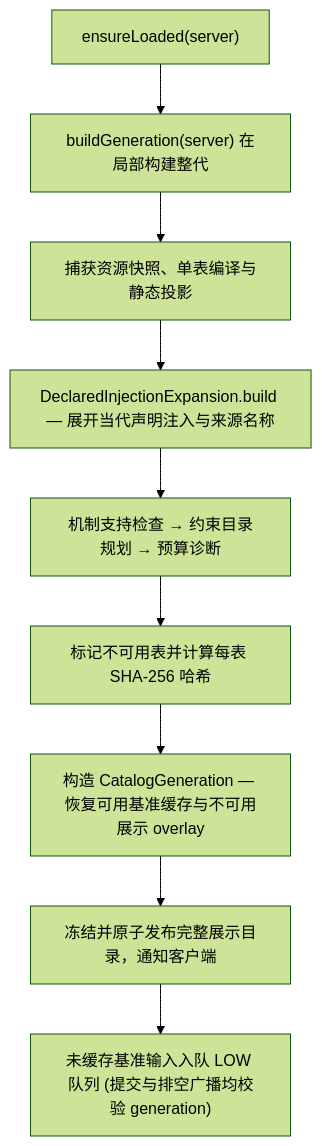
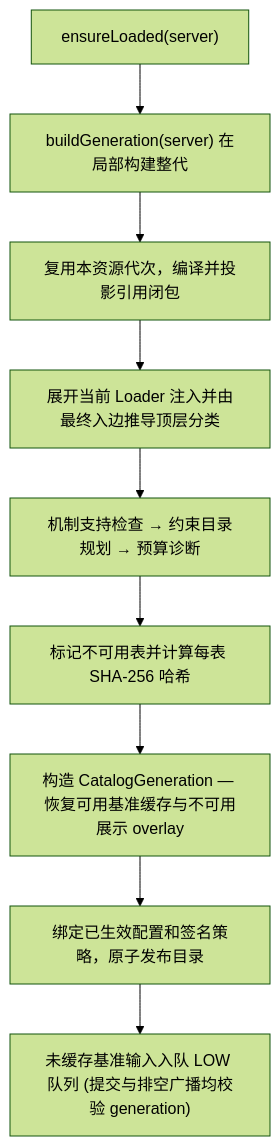
Before and after one commit to meteoritel/unsuspicious-block: the diagram in docs/dev/internals/journal-catalog-build.md, drawn with Mermaid (forest theme). The commit also changed other lines of this file and 74 other files, not shown here.

````diff
--- a/docs/dev/internals/journal-catalog-build.md
+++ b/docs/dev/internals/journal-catalog-build.md
@@ -10,11 +10,11 @@
 ```mermaid
 flowchart TD
     Start["ensureLoaded(server)"] --> Build["buildGeneration(server) 在局部构建整代"]
-    Build --> S1["捕获资源快照、单表编译与静态投影"]
-    S1 --> S2["DeclaredInjectionExpansion.build — 展开当代声明注入与来源名称"]
+    Build --> S1["复用本资源代次，编译并投影引用闭包"]
+    S1 --> S2["展开当前 Loader 注入并由最终入边推导顶层分类"]
     S2 --> S3["机制支持检查 → 约束目录规划 → 预算诊断"]
     S3 --> S4["标记不可用表并计算每表 SHA-256 哈希"]
     S4 --> S5["构造 CatalogGeneration — 恢复可用基准缓存与不可用展示 overlay"]
-    S5 --> Pub["冻结并原子发布完整展示目录，通知客户端"]
+    S5 --> Pub["绑定已生效配置和签名策略，原子发布目录"]
     Pub --> Queue["未缓存基准输入入队 LOW 队列 (提交与排空广播均校验 generation)"]
 ```
````
